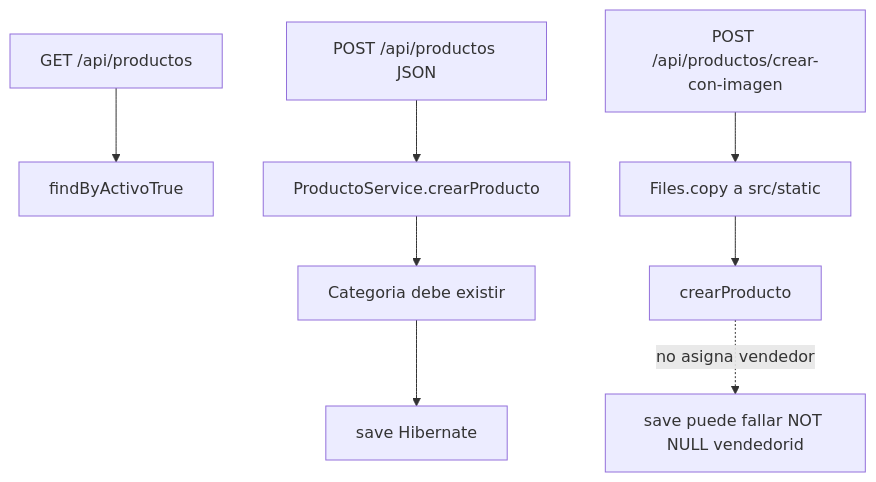
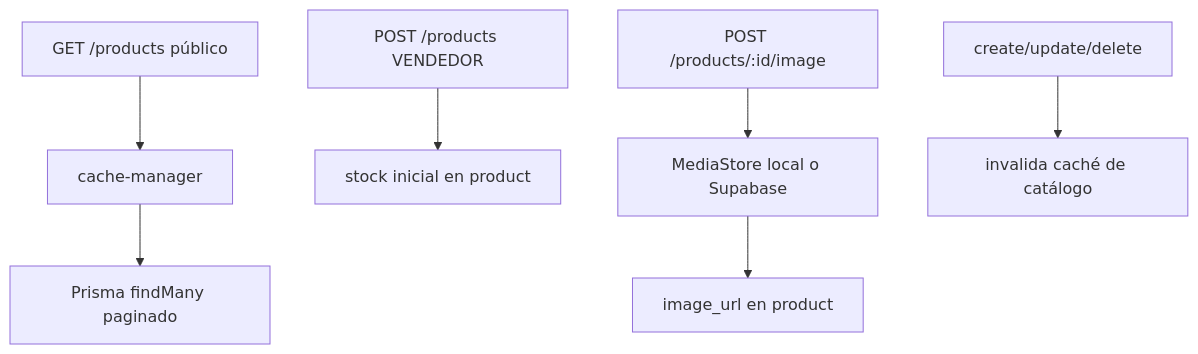
One commit to julianmeoficial/minimalecommerceapi changed the second of 6 diagrams in docs/03-FLUJOS.md. Above: the diagram before and after it, drawn with Mermaid. The commit also changed other lines of this file and 19 other files, not shown here.

````diff
--- a/docs/03-FLUJOS.md
+++ b/docs/03-FLUJOS.md
@@ -35,10 +34,9 @@
 ```mermaid
 flowchart TD
-  Get["GET /api/productos"] --> Activos["findByActivoTrue"]
-  PostJson["POST /api/productos JSON"] --> Crear["ProductoService.crearProducto"]
-  Crear --> CatCheck["Categoria debe existir"]
-  CatCheck --> Save["save Hibernate"]
-  Multipart["POST /api/productos/crear-con-imagen"] --> Copy["Files.copy a src/static"]
-  Copy --> Crear2["crearProducto"]
-  Crear2 -.->|no asigna vendedor| Save2["save puede fallar NOT NULL vendedorid"]
+  List["GET /products público"] --> Cache["cache-manager"]
+  Cache --> Prisma["Prisma findMany paginado"]
+  Create["POST /products VENDEDOR"] --> Stock["stock inicial en product"]
+  Image["POST /products/:id/image"] --> Media["MediaStore local o Supabase"]
+  Media --> Url["image_url en product"]
+  Mutate["create/update/delete"] --> Invalidate["invalida caché de catálogo"]
 ```
````
